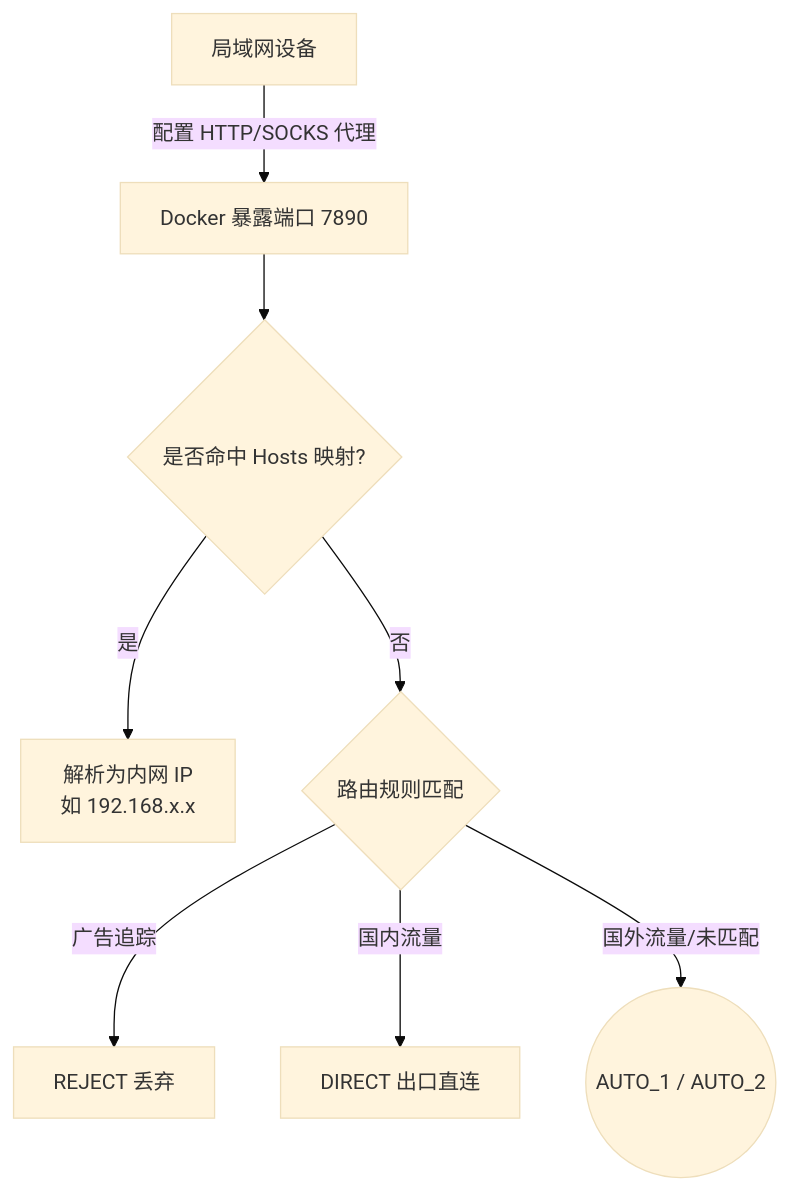
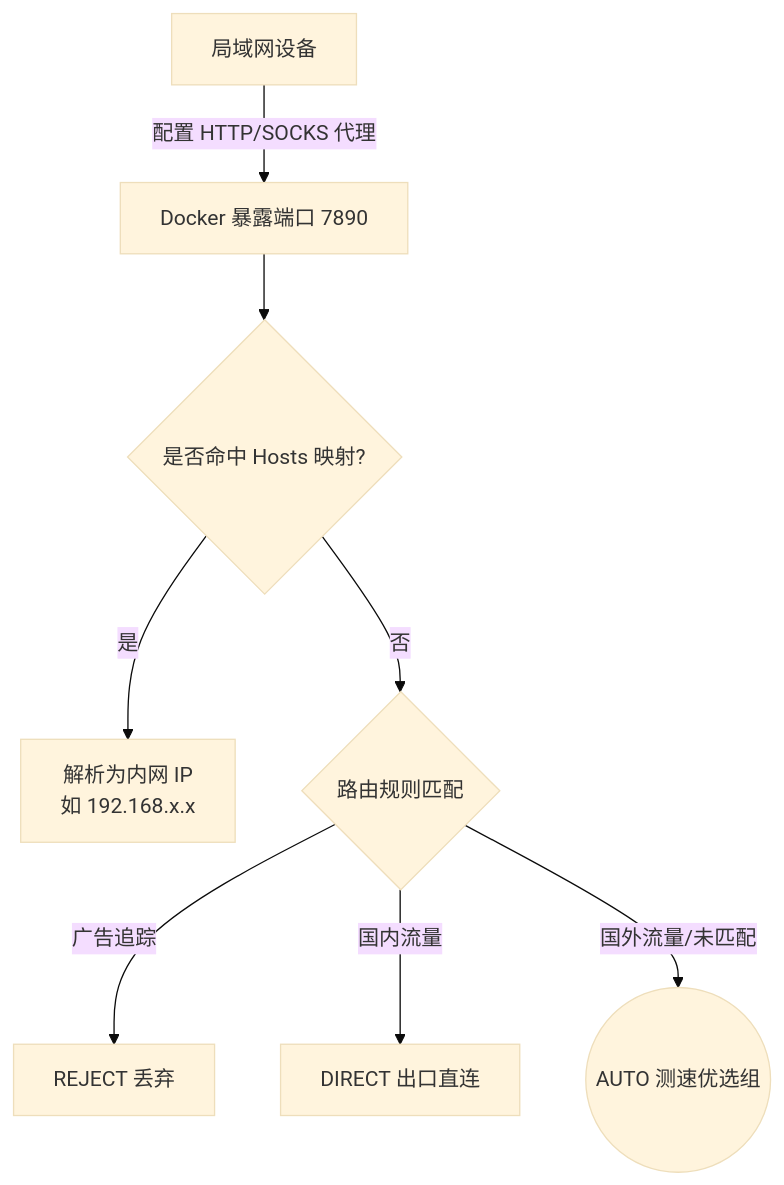
Before and after one commit to jiezhengj/mihomo-rules: the second of 2 diagrams in README.md, drawn with Mermaid (base theme). The commit also changed other lines of this file and 8 other files, not shown here.

````diff
--- a/README.md
+++ b/README.md
@@ -76,12 +84,12 @@
 ```mermaid
 graph TD
     LAN[局域网设备] -- 配置 HTTP/SOCKS 代理 --> Port[Docker 暴露端口 7890]
     Port --> Hosts{是否命中 Hosts 映射?}
     
     Hosts -- 是 --> ReturnLAN[解析为内网 IP <br> 如 192.168.x.x]
     Hosts -- 否 --> Match{路由规则匹配}
     
     Match -- 广告追踪 --> ActionReject[REJECT 丢弃]
     Match -- 国内流量 --> ActionDirect[DIRECT 出口直连]
-    Match -- 国外流量/未匹配 --> ActionProxy((AUTO_1 / AUTO_2))
+    Match -- 国外流量/未匹配 --> ActionProxy((AUTO 测速优选组))
 ```
````
